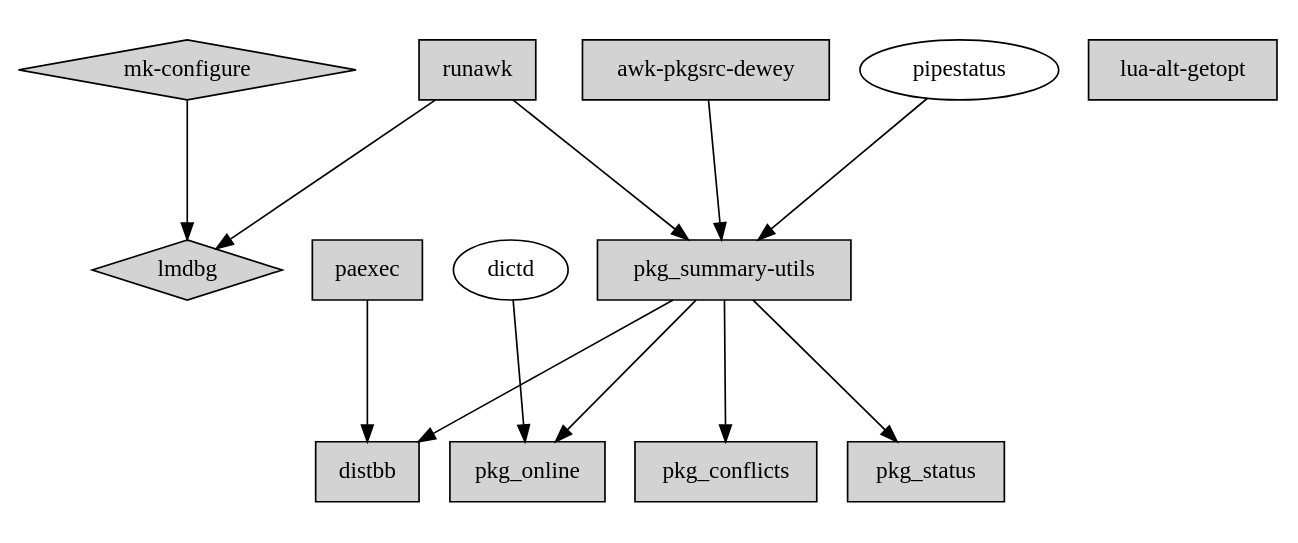
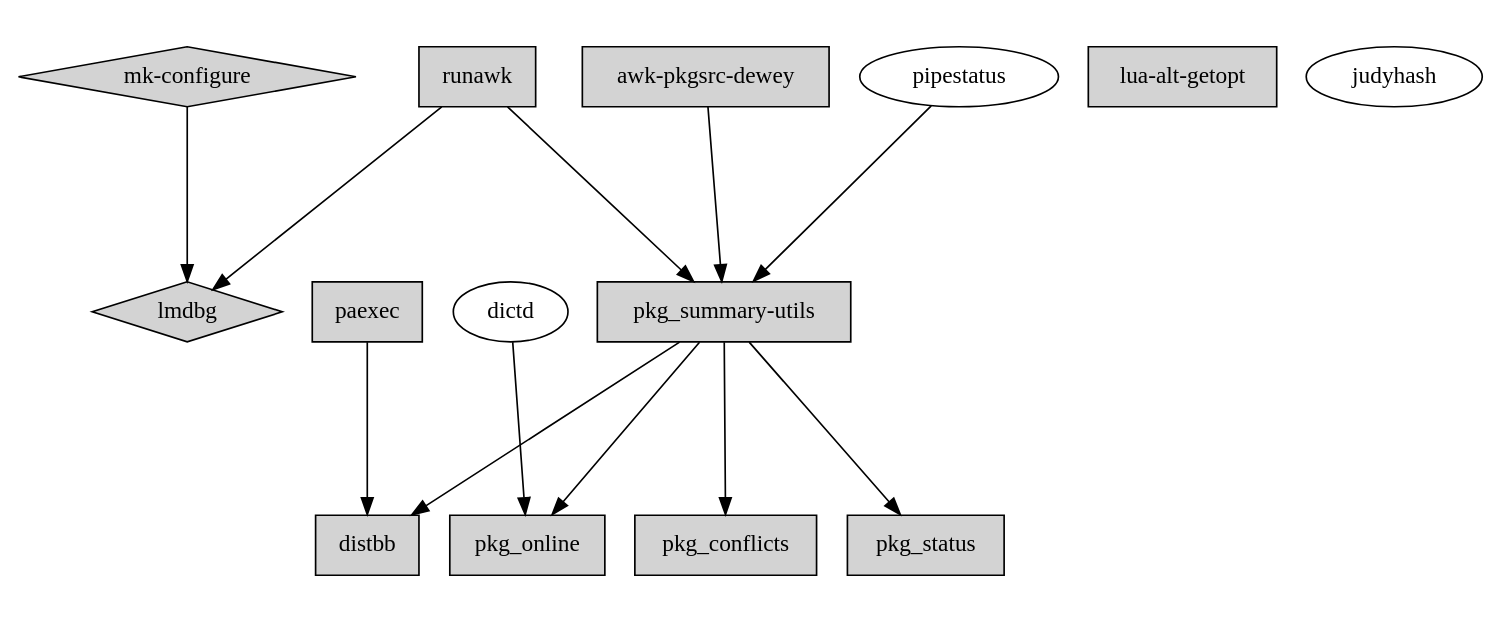
One commit to cheusov/mk-configure changed the diagram in doc/my_prjs.dot. Above: the diagram before and after it, drawn with Graphviz.

Commit message:
judyhash is also my pogremyshka :-)

```diff
--- a/doc/my_prjs.dot
+++ b/doc/my_prjs.dot
@@ -1,24 +1,28 @@
 digraph FSA {
  graph [ ratio=compress layout=dot rankdir=UB ratio=0.4 ];
 
  node [ shape = diamond style=filled fonsize=18 ];
 
    "mk-configure" -> "lmdbg";
 
  node [ shape = box ];
 
    "lua-alt-getopt";
    "runawk" -> "pkg_summary-utils";
    "runawk" -> "lmdbg";
    "awk-pkgsrc-dewey" -> "pkg_summary-utils";
    "pkg_summary-utils" -> "distbb";
    "paexec"            -> "distbb";
    "pkg_summary-utils" -> "pkg_online";
    "pkg_summary-utils" -> "pkg_conflicts";
    "pkg_summary-utils" -> "pkg_status";
 
  node [ shape = oval style=solid ];
 
    "dictd" -> "pkg_online";
    "pipestatus" -> "pkg_summary-utils";
+
+ node [ skew=-0.5 ];
+
+   "judyhash";
 }
```
